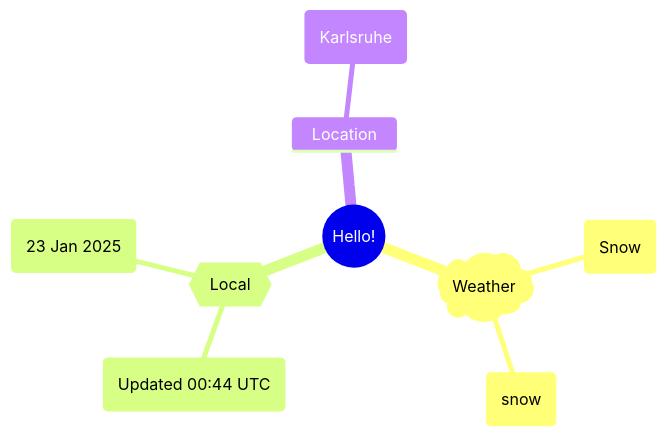
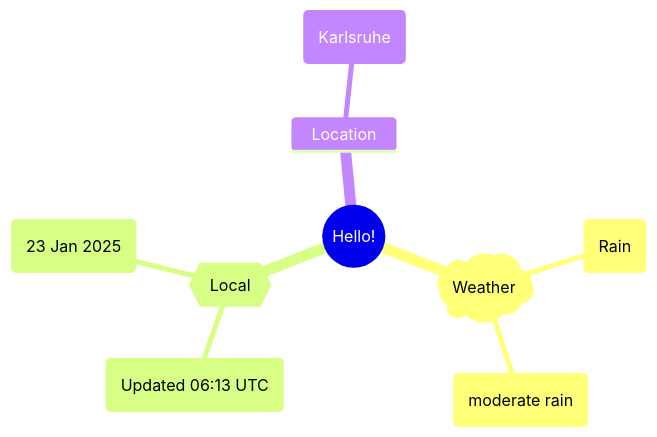
The first of 2 diagrams in README.md (Xosrov/Xosrov), drawn with Mermaid before and after one commit.

Commit message:
[bot] updated images

````diff
--- a/README.md
+++ b/README.md
@@ -3,12 +3,12 @@
 ```mermaid
 mindmap
   root((Hello!))
     )Weather(
-        (Snow)
-        (snow)
+        (Rain)
+        (moderate rain)
     {{Local}}
-        (Updated 00:44 UTC)
+        (Updated 06:13 UTC)
         (23 Jan 2025)
     Location
         (Karlsruhe)
 ```
````
